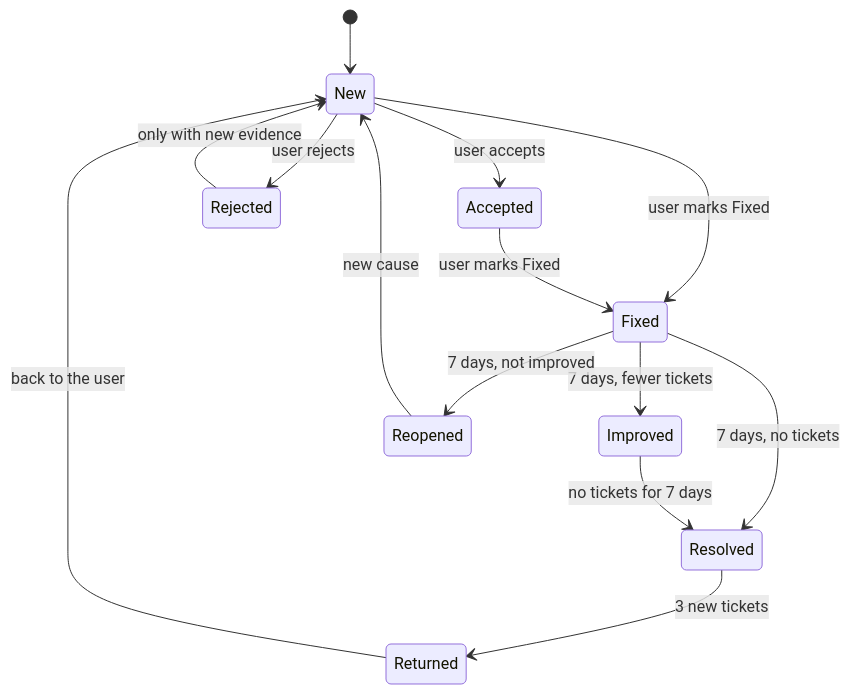
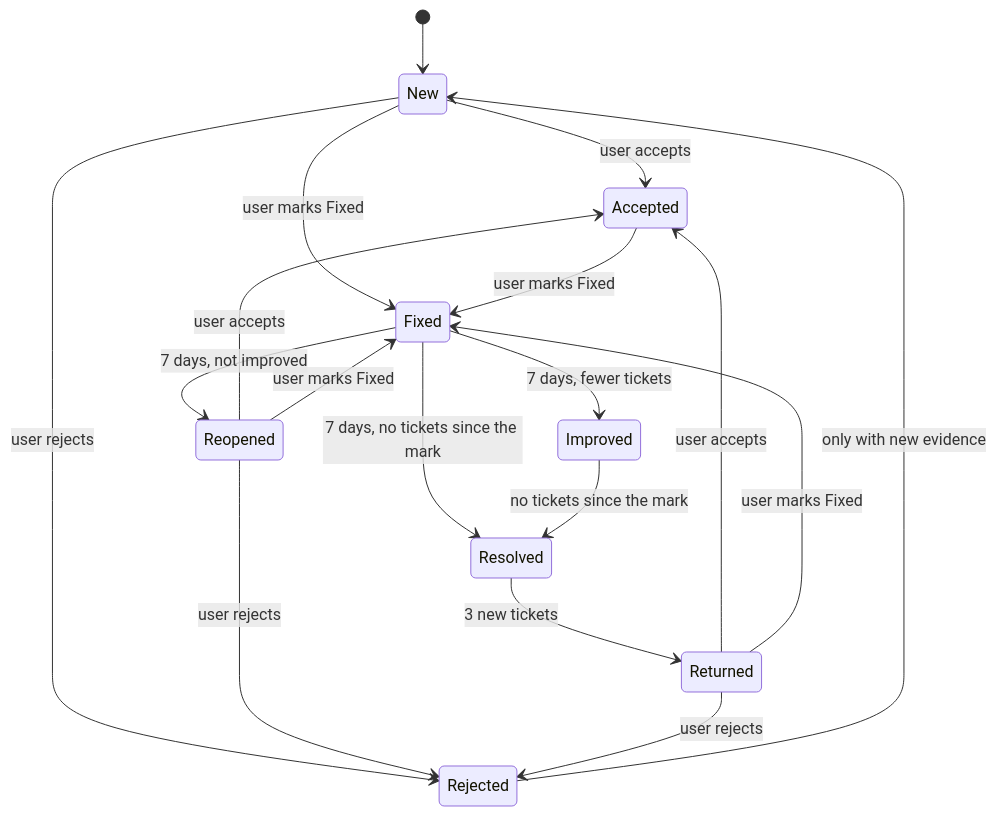
One commit to sianitomer-web/electric-wize-complaint-investigator changed the fourth of 5 diagrams in Architecture.md. Above: the diagram before and after it, drawn with Mermaid. The commit also changed other lines of this file and 8 other files, not shown here.

````diff
--- a/Architecture.md
+++ b/Architecture.md
@@ -90,16 +90,20 @@
 ```mermaid
 stateDiagram-v2
     [*] --> New
     New --> Accepted: user accepts
     New --> Rejected: user rejects
     New --> Fixed: user marks Fixed
     Accepted --> Fixed: user marks Fixed
-    Fixed --> Resolved: 7 days, no tickets
+    Fixed --> Resolved: 7 days, no tickets since the mark
     Fixed --> Improved: 7 days, fewer tickets
     Fixed --> Reopened: 7 days, not improved
-    Improved --> Resolved: no tickets for 7 days
+    Improved --> Resolved: no tickets since the mark
     Resolved --> Returned: 3 new tickets
-    Reopened --> New: new cause
-    Returned --> New: back to the user
+    Reopened --> Accepted: user accepts
+    Reopened --> Rejected: user rejects
+    Reopened --> Fixed: user marks Fixed
+    Returned --> Accepted: user accepts
+    Returned --> Rejected: user rejects
+    Returned --> Fixed: user marks Fixed
     Rejected --> New: only with new evidence
 ```
````
